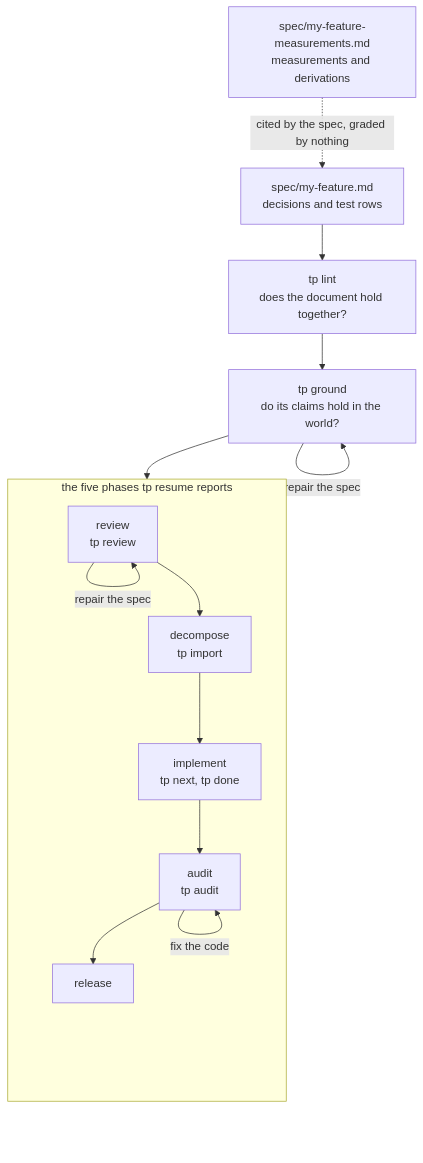
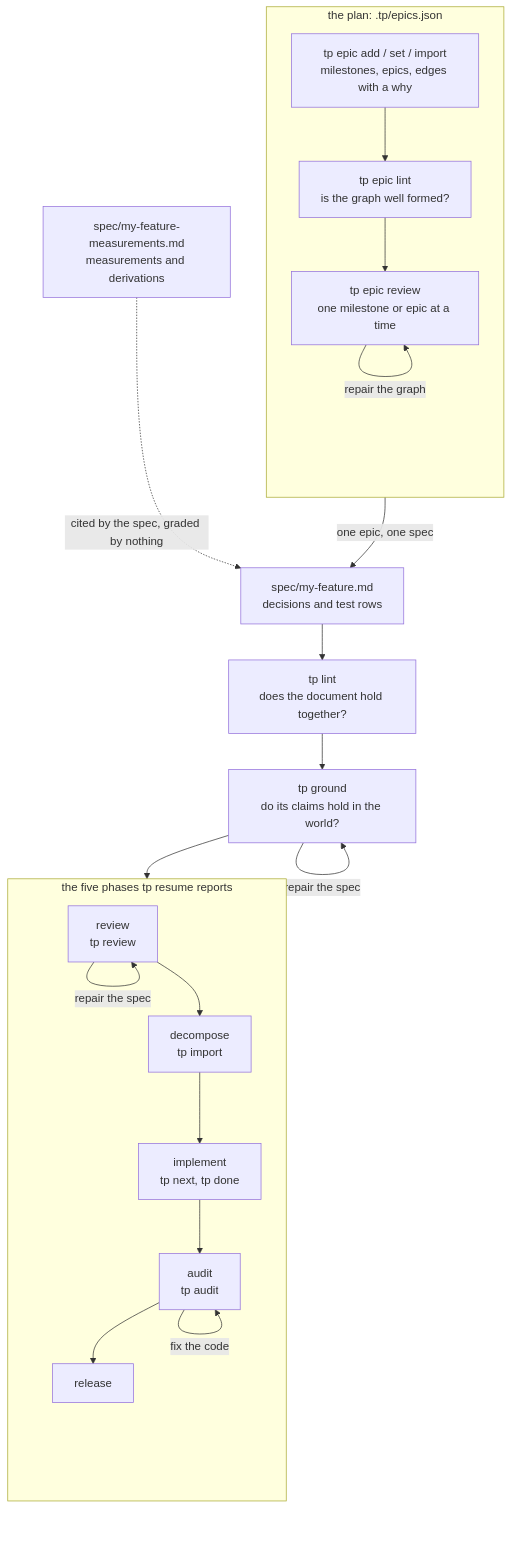
The first of 3 diagrams in README.md (deligoez/tp), drawn with Mermaid before and after one commit. The commit also changed other lines of this file, not shown here.

Commit message:
docs(readme): draw the epic graph loop above the spec lifecycle

````diff
--- a/README.md
+++ b/README.md
@@ -109,20 +114,30 @@
 ```mermaid
 flowchart TD
+    subgraph PLAN["the plan: .tp/epics.json"]
+      direction TB
+      EPICS["tp epic add / set / import<br/>milestones, epics, edges with a why"]
+      ELINT["tp epic lint<br/>is the graph well formed?"]
+      EREVIEW["tp epic review<br/>one milestone or epic at a time"]
+      EPICS --> ELINT --> EREVIEW
+      EREVIEW -->|"repair the graph"| EREVIEW
+    end
+    EREVIEW -->|"one epic, one spec"| SPEC
+
     SPEC["spec/my-feature.md<br/>decisions and test rows"] --> LINT["tp lint<br/>does the document hold together?"]
     SIDECAR["spec/my-feature-measurements.md<br/>measurements and derivations"] -.->|"cited by the spec, graded by nothing"| SPEC
     LINT --> GROUND["tp ground<br/>do its claims hold in the world?"]
     GROUND -->|"repair the spec"| GROUND
     GROUND --> REVIEW
 
     subgraph PHASES["the five phases tp resume reports"]
       direction TB
       REVIEW["review<br/>tp review"]
       DECOMPOSE["decompose<br/>tp import"]
       IMPLEMENT["implement<br/>tp next, tp done"]
       AUDIT["audit<br/>tp audit"]
       RELEASE["release"]
       REVIEW -->|"repair the spec"| REVIEW
       REVIEW --> DECOMPOSE --> IMPLEMENT --> AUDIT --> RELEASE
       AUDIT -->|"fix the code"| AUDIT
     end
 ```
````
